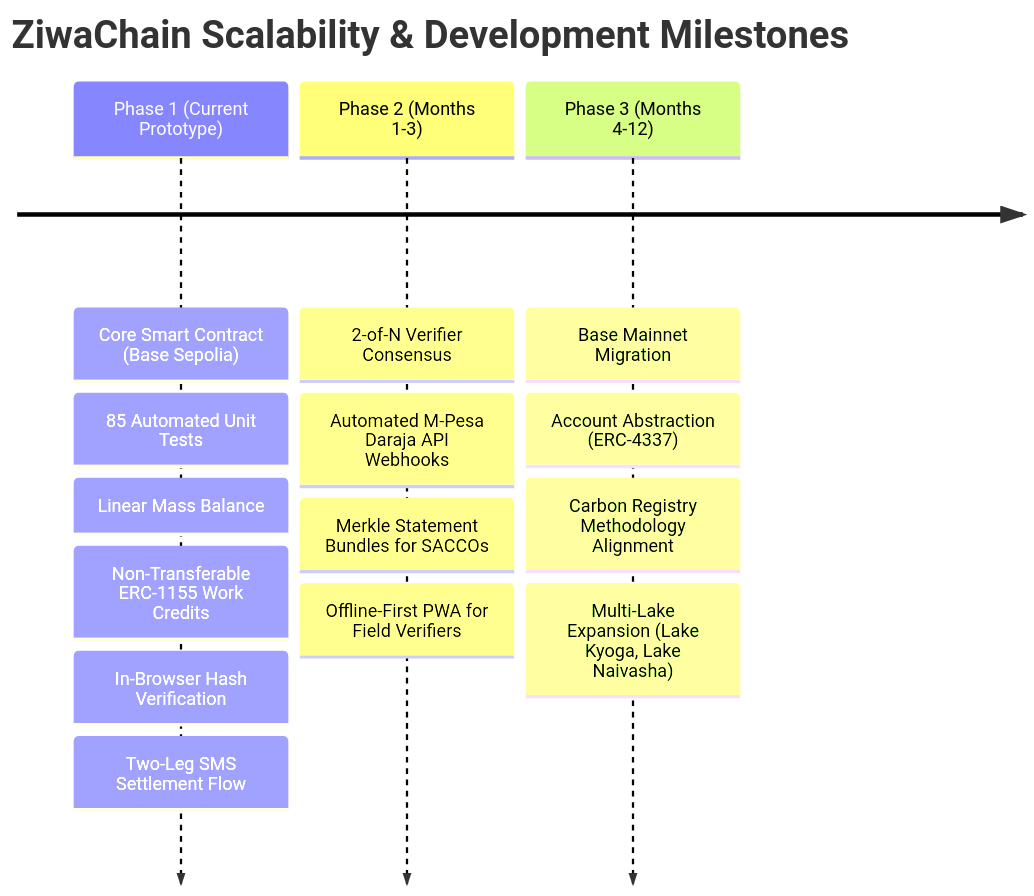
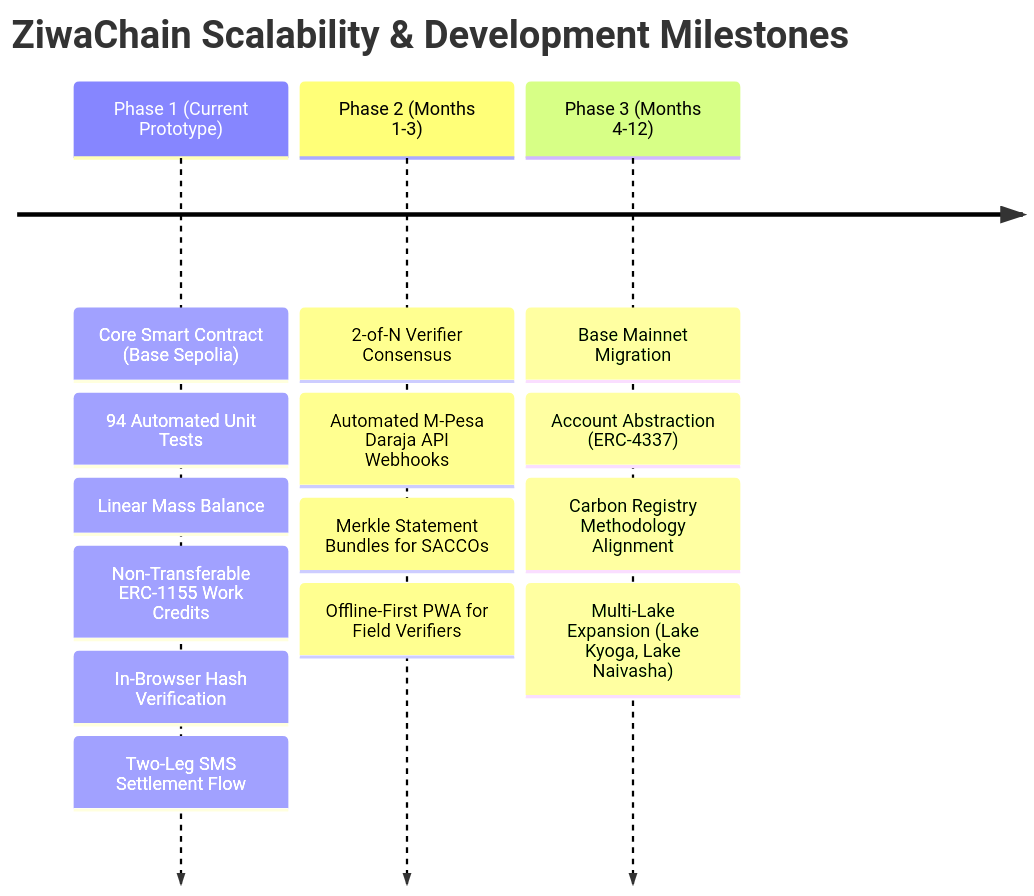
The diagram in docs/adoptionAndScalability.md (Gathoni-K/ziwaChain), drawn with Mermaid before and after one commit. The commit also changed other lines of this file and 7 other files, not shown here.

Commit message:
task 10: positioning pass - shared-trust test, dMRV framing, attestation vocabulary, existing tools section, hash-vs-truth honesty, roadmap items, field findings placeholders

````diff
--- a/docs/adoptionAndScalability.md
+++ b/docs/adoptionAndScalability.md
@@ -82,7 +82,7 @@
 ```mermaid
 timeline
     title ZiwaChain Scalability & Development Milestones
-    Phase 1 (Current Prototype) : Core Smart Contract (Base Sepolia) : 85 Automated Unit Tests : Linear Mass Balance : Non-Transferable ERC-1155 Work Credits : In-Browser Hash Verification : Two-Leg SMS Settlement Flow
+    Phase 1 (Current Prototype) : Core Smart Contract (Base Sepolia) : 94 Automated Unit Tests : Linear Mass Balance : Non-Transferable ERC-1155 Work Credits : In-Browser Hash Verification : Two-Leg SMS Settlement Flow
     Phase 2 (Months 1-3) : 2-of-N Verifier Consensus : Automated M-Pesa Daraja API Webhooks : Merkle Statement Bundles for SACCOs : Offline-First PWA for Field Verifiers
     Phase 3 (Months 4-12) : Base Mainnet Migration : Account Abstraction (ERC-4337) : Carbon Registry Methodology Alignment : Multi-Lake Expansion (Lake Kyoga, Lake Naivasha)
 ```
````
